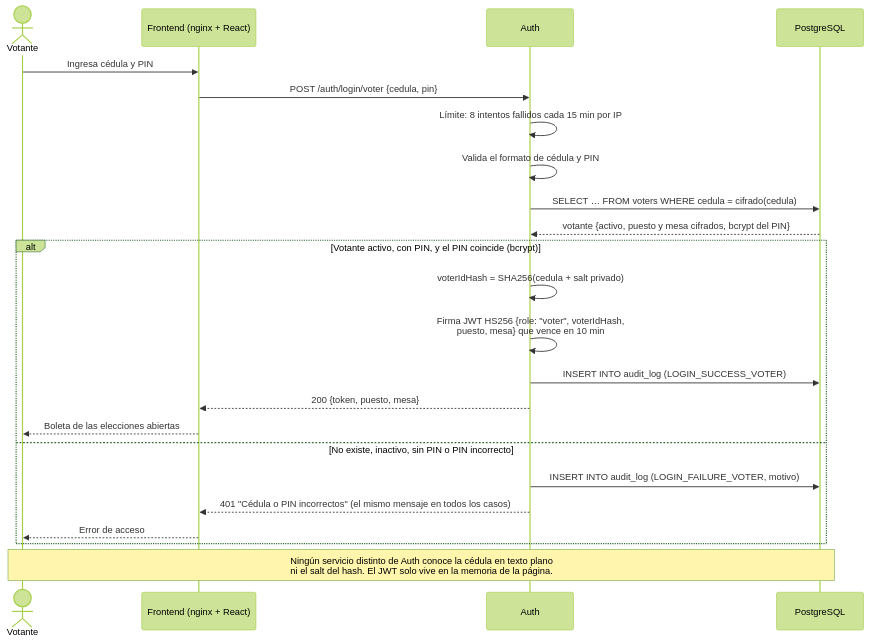
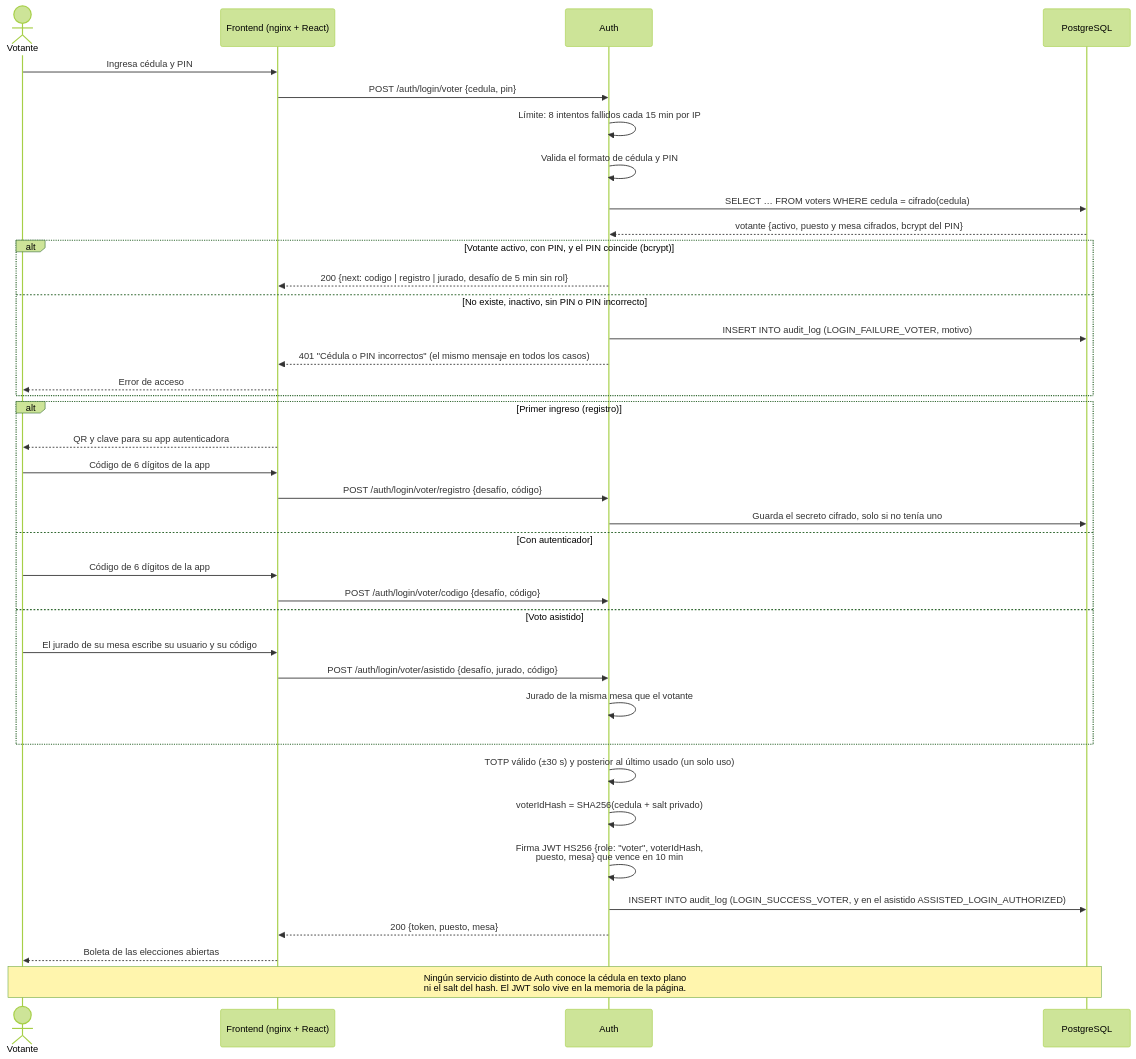
Before and after one commit to NicolasPineda1421/LiveMetric: the third of 5 diagrams in docs/manual-arquitectura.md, drawn with Mermaid (forest theme). The commit also changed other lines of this file and 45 other files, not shown here.

First line of the commit message:
Segundo factor para votar (TOTP) y voto asistido por el jurado de la mesa

````diff
--- a/docs/manual-arquitectura.md
+++ b/docs/manual-arquitectura.md
@@ -204,28 +204,44 @@
 ```mermaid
 sequenceDiagram
     actor Votante
     participant FE as Frontend (nginx + React)
     participant AUTH as Auth
     participant DB as PostgreSQL
 
     Votante->>FE: Ingresa cédula y PIN
     FE->>AUTH: POST /auth/login/voter {cedula, pin}
     AUTH->>AUTH: Límite: 8 intentos fallidos cada 15 min por IP
     AUTH->>AUTH: Valida el formato de cédula y PIN
     AUTH->>DB: SELECT … FROM voters WHERE cedula = cifrado(cedula)
     DB-->>AUTH: votante {activo, puesto y mesa cifrados, bcrypt del PIN}
 
     alt Votante activo, con PIN, y el PIN coincide (bcrypt)
-        AUTH->>AUTH: voterIdHash = SHA256(cedula + salt privado)
-        AUTH->>AUTH: Firma JWT HS256 {role: "voter", voterIdHash,<br/>puesto, mesa} que vence en 10 min
-        AUTH->>DB: INSERT INTO audit_log (LOGIN_SUCCESS_VOTER)
-        AUTH-->>FE: 200 {token, puesto, mesa}
-        FE-->>Votante: Boleta de las elecciones abiertas
+        AUTH-->>FE: 200 {next: codigo | registro | jurado, desafío de 5 min sin rol}
     else No existe, inactivo, sin PIN o PIN incorrecto
         AUTH->>DB: INSERT INTO audit_log (LOGIN_FAILURE_VOTER, motivo)
         AUTH-->>FE: 401 "Cédula o PIN incorrectos" (el mismo mensaje en todos los casos)
         FE-->>Votante: Error de acceso
     end
 
+    alt Primer ingreso (registro)
+        FE-->>Votante: QR y clave para su app autenticadora
+        Votante->>FE: Código de 6 dígitos de la app
+        FE->>AUTH: POST /auth/login/voter/registro {desafío, código}
+        AUTH->>DB: Guarda el secreto cifrado, solo si no tenía uno
+    else Con autenticador
+        Votante->>FE: Código de 6 dígitos de la app
+        FE->>AUTH: POST /auth/login/voter/codigo {desafío, código}
+    else Voto asistido
+        Votante->>FE: El jurado de su mesa escribe su usuario y su código
+        FE->>AUTH: POST /auth/login/voter/asistido {desafío, jurado, código}
+        AUTH->>AUTH: Jurado de la misma mesa que el votante
+    end
+    AUTH->>AUTH: TOTP válido (±30 s) y posterior al último usado (un solo uso)
+    AUTH->>AUTH: voterIdHash = SHA256(cedula + salt privado)
+    AUTH->>AUTH: Firma JWT HS256 {role: "voter", voterIdHash,<br/>puesto, mesa} que vence en 10 min
+    AUTH->>DB: INSERT INTO audit_log (LOGIN_SUCCESS_VOTER, y en el asistido ASSISTED_LOGIN_AUTHORIZED)
+    AUTH-->>FE: 200 {token, puesto, mesa}
+    FE-->>Votante: Boleta de las elecciones abiertas
+
     Note over Votante,DB: Ningún servicio distinto de Auth conoce la cédula en texto plano<br/>ni el salt del hash. El JWT solo vive en la memoria de la página.
 ```
````
